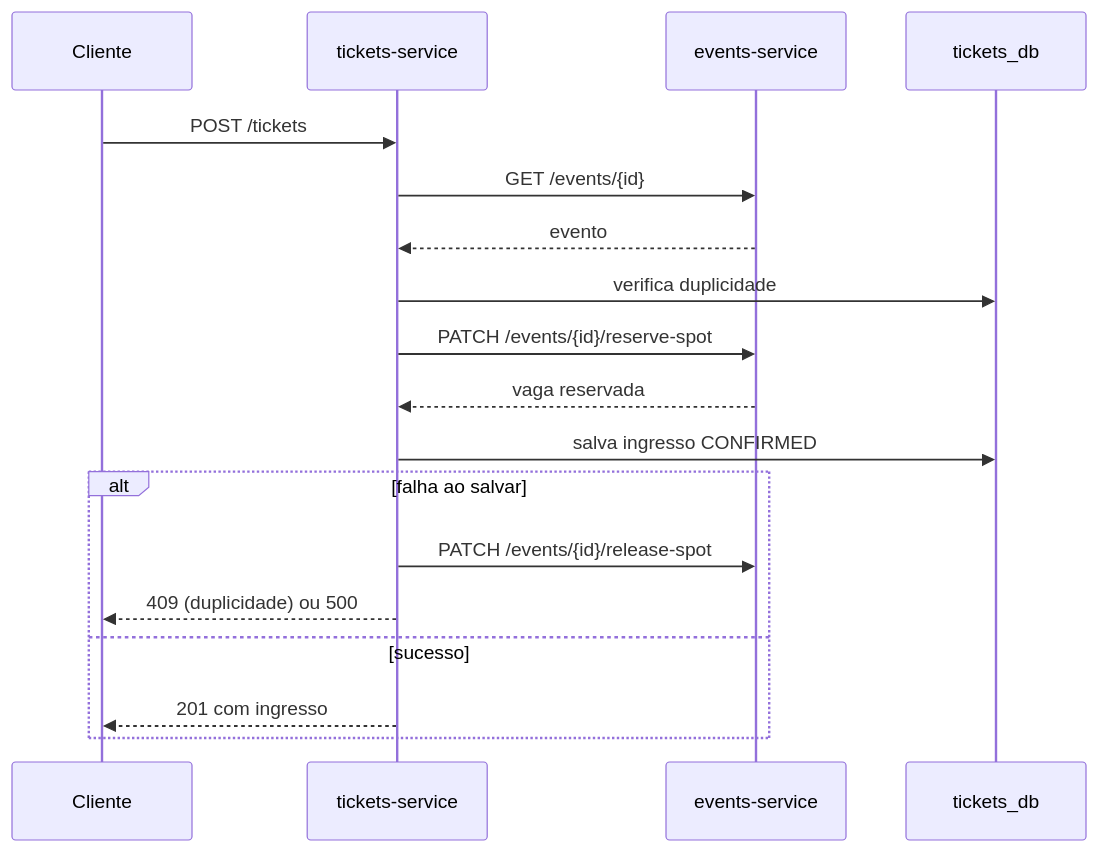
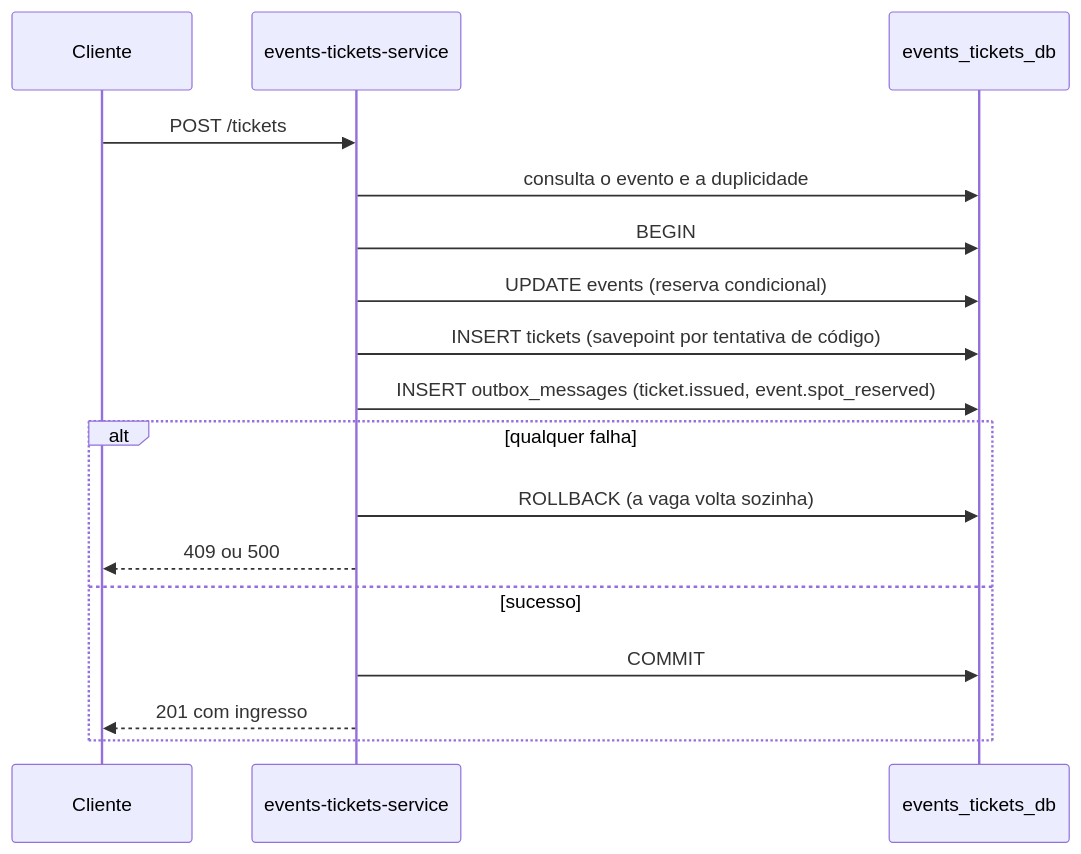
One commit to Igor-Lazarin-Oliani/events-tickets-ms changed the first of 3 diagrams in docs/contratos-api.md. Above: the diagram before and after it, drawn with Mermaid. The commit also changed other lines of this file and 120 other files, not shown here.

````diff
--- a/docs/contratos-api.md
+++ b/docs/contratos-api.md
@@ -81,20 +84,19 @@
 ```mermaid
 sequenceDiagram
     participant C as Cliente
-    participant T as tickets-service
-    participant E as events-service
-    participant D as tickets_db
-    C->>T: POST /tickets
-    T->>E: GET /events/{id}
-    E-->>T: evento
-    T->>D: verifica duplicidade
-    T->>E: PATCH /events/{id}/reserve-spot
-    E-->>T: vaga reservada
-    T->>D: salva ingresso CONFIRMED
-    alt falha ao salvar
-        T->>E: PATCH /events/{id}/release-spot
-        T-->>C: 409 (duplicidade) ou 500
+    participant S as events-tickets-service
+    participant D as events_tickets_db
+    C->>S: POST /tickets
+    S->>D: consulta o evento e a duplicidade
+    S->>D: BEGIN
+    S->>D: UPDATE events (reserva condicional)
+    S->>D: INSERT tickets (savepoint por tentativa de código)
+    S->>D: INSERT outbox_messages (ticket.issued, event.spot_reserved)
+    alt qualquer falha
+        S->>D: ROLLBACK (a vaga volta sozinha)
+        S-->>C: 409 ou 500
     else sucesso
-        T-->>C: 201 com ingresso
+        S->>D: COMMIT
+        S-->>C: 201 com ingresso
     end
 ```
````
